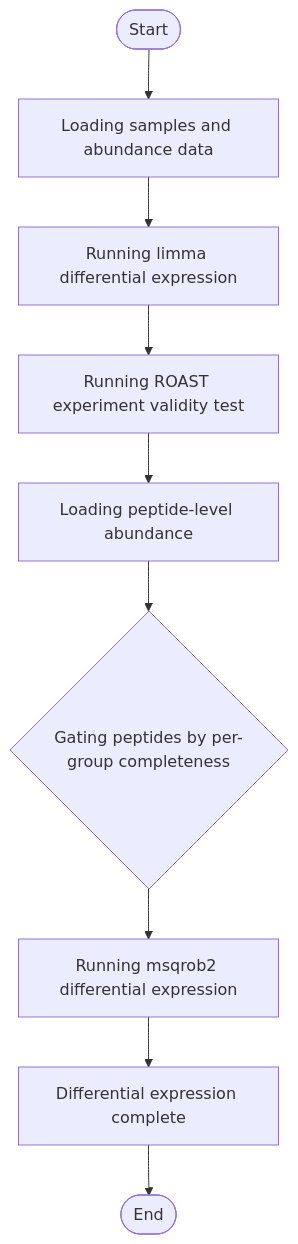
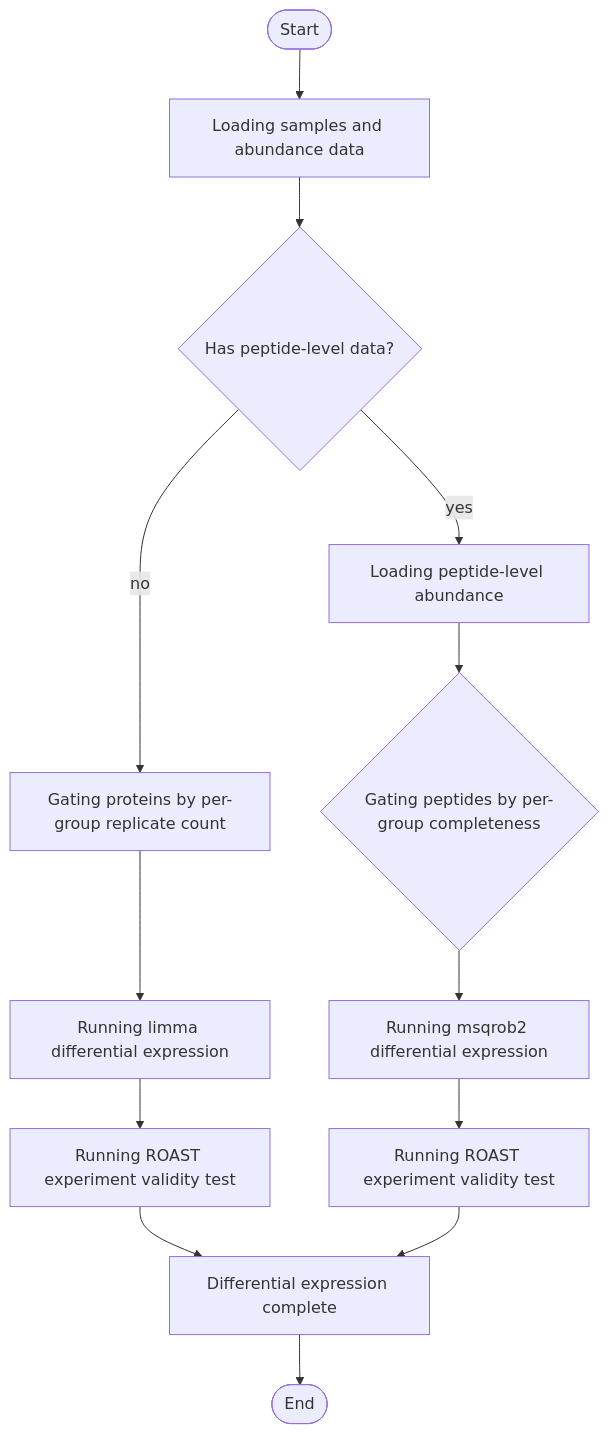
One commit to noatgnu/lysoip-differential-expression-plugin changed the diagram in README.md. Above: the diagram before and after it, drawn with Mermaid. The commit also changed other lines of this file and 2 other files, not shown here.

````diff
--- a/README.md
+++ b/README.md
@@ -29,18 +29,25 @@
 ```mermaid
 flowchart TD
-    Start([Start]) --> step1
-    step1["Loading samples and abundance data"]
-    step1 --> step2
-    step2["Running limma differential expression"]
-    step2 --> step3
-    step3["Running ROAST experiment validity test"]
-    step3 --> step4
-    step4["Loading peptide-level abundance"]
-    step4 --> step5
-    step5{"Gating peptides by per-group completeness"}
-    step5 --> step6
-    step6["Running msqrob2 differential expression"]
-    step6 --> step7
-    step7["Differential expression complete"]
-    step7 --> End([End])
+    Start([Start]) --> load
+    load["Loading samples and abundance data"]
+    load --> check
+    limma_gate["Gating proteins by per-group replicate count"]
+    limma_gate --> limma
+    limma["Running limma differential expression"]
+    limma --> limma_roast
+    limma_roast["Running ROAST experiment validity test"]
+    limma_roast --> step1
+    msqrob2_load["Loading peptide-level abundance"]
+    msqrob2_load --> gate
+    gate{"Gating peptides by per-group completeness"}
+    gate --> msqrob2
+    msqrob2["Running msqrob2 differential expression"]
+    msqrob2 --> msqrob2_roast
+    msqrob2_roast["Running ROAST experiment validity test"]
+    msqrob2_roast --> step1
+    check{"Has peptide-level data?"}
+    check -->|"no"| limma_gate
+    check -->|"yes"| msqrob2_load
+    step1["Differential expression complete"]
+    step1 --> End([End])
 ```
````
